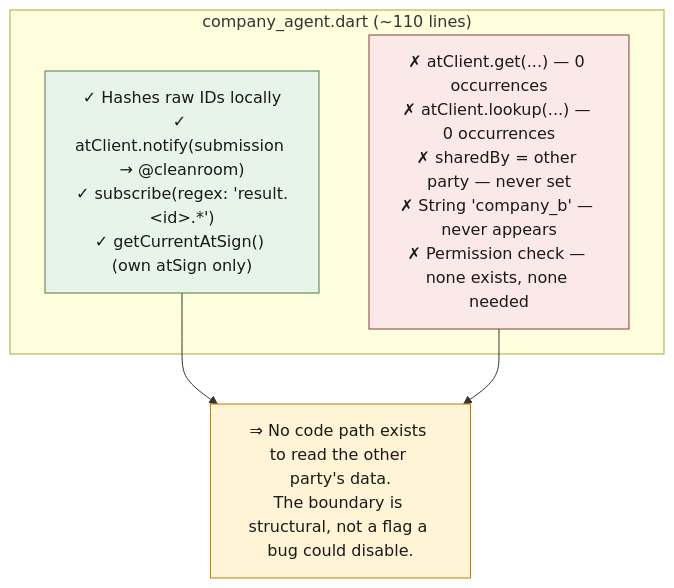
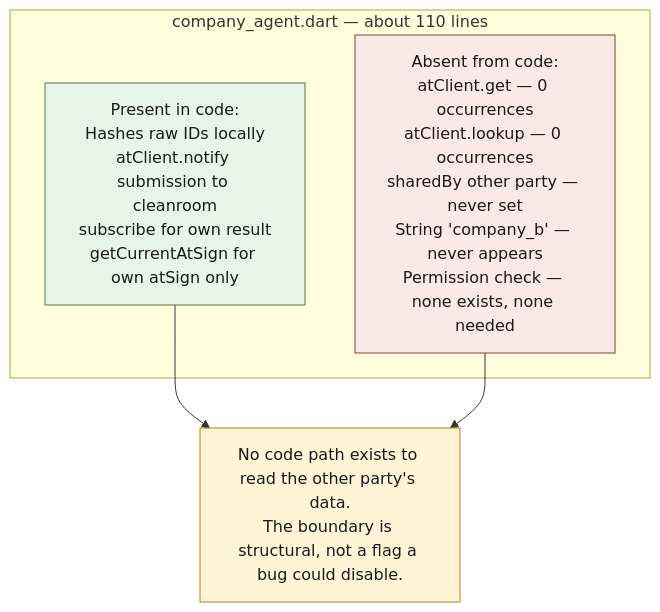
Before and after one commit to AquibAquil/Self-Expiring-Data-Clean-Room: the sixth of 7 diagrams in README.md, drawn with Mermaid. The commit also changed other lines of this file, not shown here.

````diff
--- a/README.md
+++ b/README.md
@@ -361,16 +361,16 @@
 ```mermaid
 flowchart TB
-    subgraph FILE["company_agent.dart (~110 lines)"]
-        WHAT_IS["✓ Hashes raw IDs locally<br/>✓ atClient.notify(submission → @cleanroom)<br/>✓ subscribe(regex: 'result.&lt;id&gt;.*')<br/>✓ getCurrentAtSign() (own atSign only)"]
-        WHAT_ISNT["✗ atClient.get(...) — 0 occurrences<br/>✗ atClient.lookup(...) — 0 occurrences<br/>✗ sharedBy = other party — never set<br/>✗ String 'company_b' — never appears<br/>✗ Permission check — none exists, none needed"]
+    subgraph FILE["company_agent.dart — about 110 lines"]
+        WHAT_IS["Present in code:<br/>Hashes raw IDs locally<br/>atClient.notify submission to cleanroom<br/>subscribe for own result<br/>getCurrentAtSign for own atSign only"]
+        WHAT_ISNT["Absent from code:<br/>atClient.get — 0 occurrences<br/>atClient.lookup — 0 occurrences<br/>sharedBy other party — never set<br/>String 'company_b' — never appears<br/>Permission check — none exists, none needed"]
     end
-    PROOF["⇒ No code path exists to read the other party's data.<br/>The boundary is structural, not a flag a bug could disable."]
+    PROOF["No code path exists to read the other party's data.<br/>The boundary is structural, not a flag a bug could disable."]
     WHAT_IS --> PROOF
     WHAT_ISNT --> PROOF
     classDef present fill:#e6f4ea,stroke:#4F7942,color:#1a1a1a
     classDef absent fill:#fbe9e8,stroke:#8B3A3A,color:#1a1a1a
     classDef conclusion fill:#fff5d6,stroke:#C77B00,color:#1a1a1a
     class WHAT_IS present
     class WHAT_ISNT absent
     class PROOF conclusion
 ```
````
